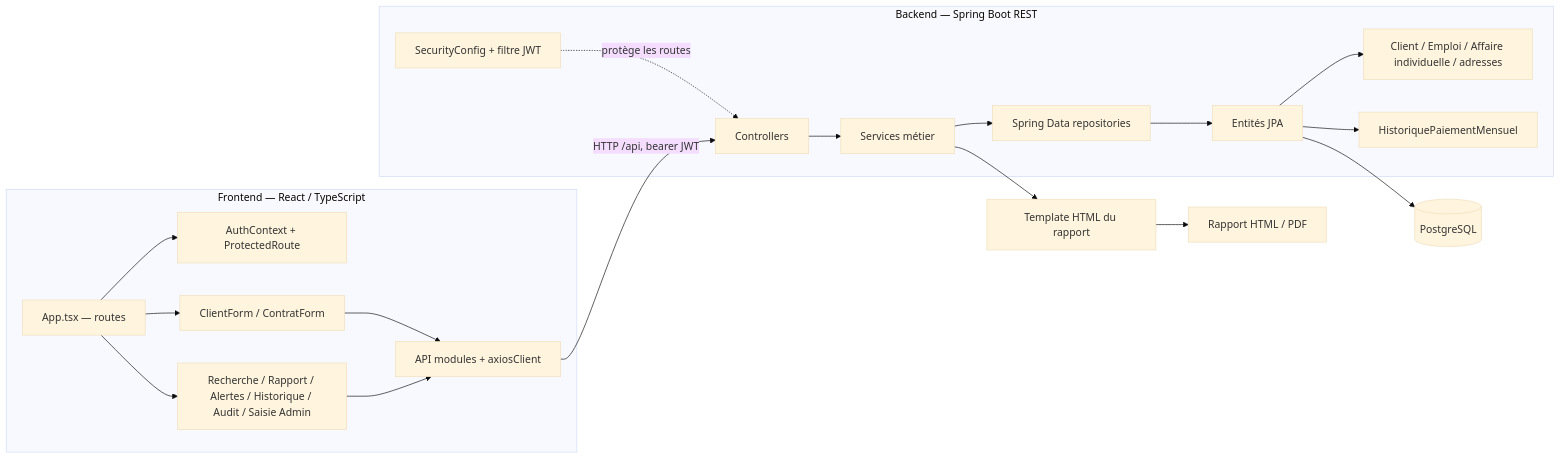
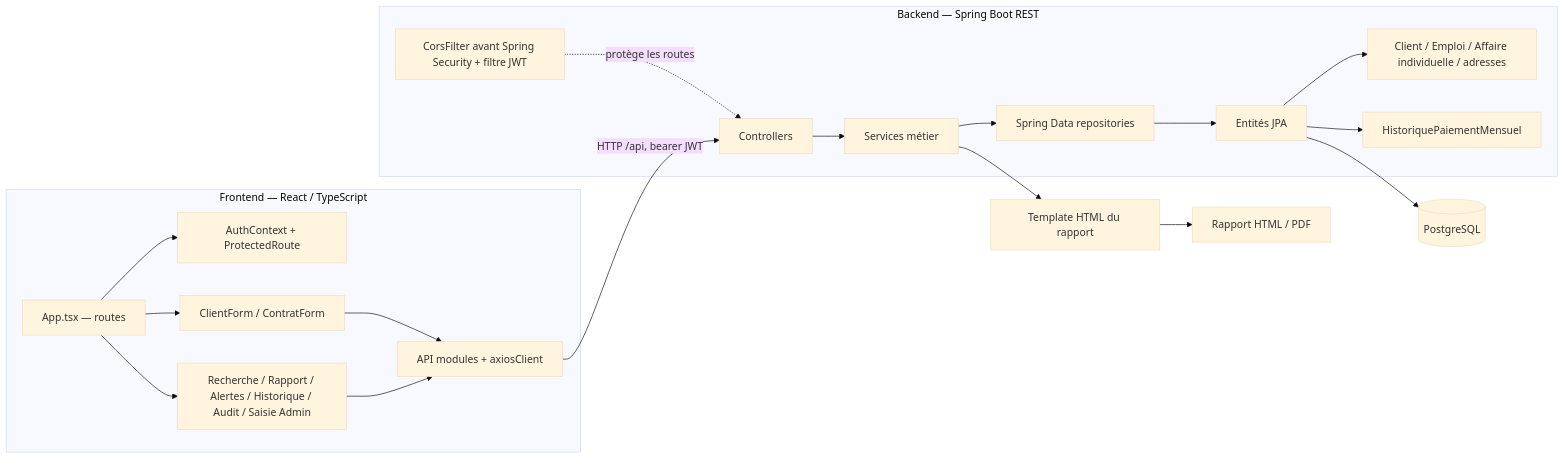
One commit to Tiavina-Ambinintsoa/Cecam-bic changed the diagram in docs/CODE_GRAPH.md. Above: the diagram before and after it, drawn with Mermaid (base theme). The commit also changed other lines of this file and 39 other files, not shown here.

````diff
--- a/docs/CODE_GRAPH.md
+++ b/docs/CODE_GRAPH.md
@@ -7,36 +7,36 @@
 ```mermaid
 flowchart LR
   subgraph UI[Frontend — React / TypeScript]
     App[App.tsx — routes]
     Auth[AuthContext + ProtectedRoute]
     Forms[ClientForm / ContratForm]
     Pages[Recherche / Rapport / Alertes / Historique / Audit / Saisie Admin]
     Api[API modules + axiosClient]
     App --> Auth
     App --> Forms
     App --> Pages
     Forms --> Api
     Pages --> Api
   end
 
   subgraph API[Backend — Spring Boot REST]
     Controllers[Controllers]
     Services[Services métier]
     Repositories[Spring Data repositories]
     Entities[Entités JPA]
     ClientData[Client / Emploi / Affaire individuelle / adresses]
     Monthly[HistoriquePaiementMensuel]
-    Security[SecurityConfig + filtre JWT]
+    Security[CorsFilter avant Spring Security + filtre JWT]
     Controllers --> Services
     Services --> Repositories
     Repositories --> Entities
     Entities --> Monthly
     Entities --> ClientData
     Security -. protège les routes .-> Controllers
   end
 
   Api -->|HTTP /api, bearer JWT| Controllers
   Entities --> DB[(PostgreSQL)]
   Services --> Template[Template HTML du rapport]
   Template --> PDF[Rapport HTML / PDF]
 ```
````
